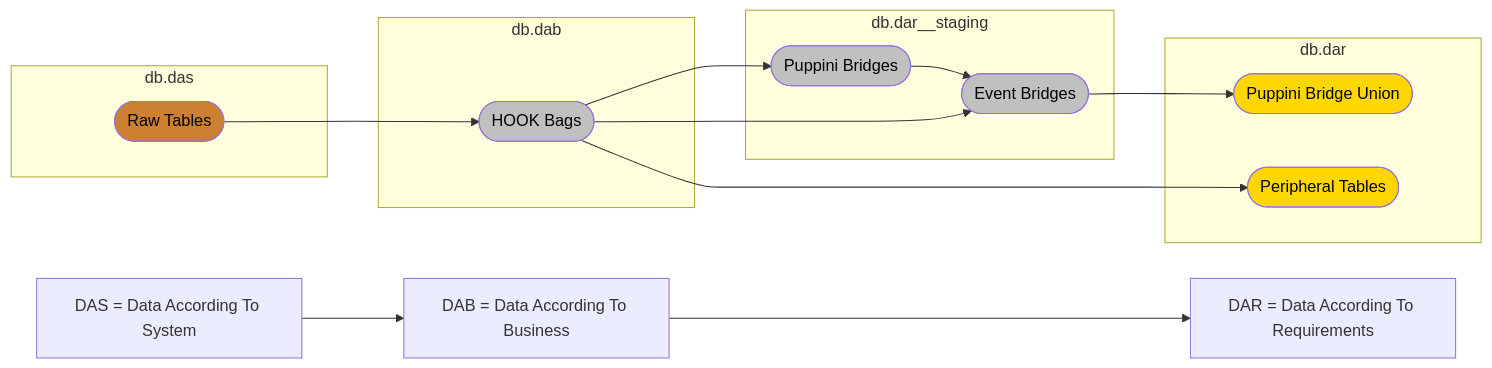
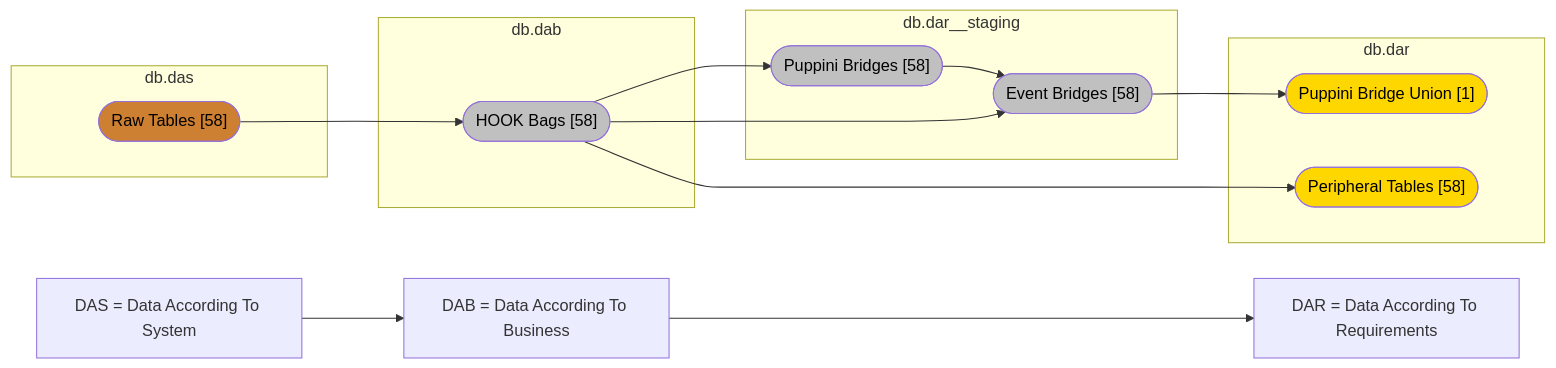
Before and after one commit to mattiasthalen/adventure-works: the second of 2 diagrams in README.md, drawn with Mermaid. The commit also changed 1 other file, not shown here.

Commit message:
Add model count to DAG mermaid

````diff
--- a/README.md
+++ b/README.md
@@ -55,32 +55,32 @@
 ```mermaid
 flowchart LR
     classDef bronze fill:#CD7F32,color:black
     classDef silver fill:#C0C0C0,color:black
     classDef gold fill:#FFD700,color:black
 
     subgraph das["db.das"]
-        raw(["Raw Tables"]):::bronze
+        raw(["Raw Tables [58]"]):::bronze
     end
 
     subgraph dab["db.dab"]
-        hook(["HOOK Bags"]):::silver
+        hook(["HOOK Bags [58]"]):::silver
     end
 
     subgraph dar_stg["db.dar__staging"]
-        bridges(["Puppini Bridges"]):::silver
-        event_bridges(["Event Bridges"]):::silver
+        bridges(["Puppini Bridges [58]"]):::silver
+        event_bridges(["Event Bridges [58]"]):::silver
     end
 
     subgraph dar["db.dar"]
-        bridge_union(["Puppini Bridge Union"]):::gold
-        peripheral(["Peripheral Tables"]):::gold
+        bridge_union(["Puppini Bridge Union [1]"]):::gold
+        peripheral(["Peripheral Tables [58]"]):::gold
     end
 
     raw --> hook --> bridges --> event_bridges --> bridge_union
     hook --> event_bridges
     hook --> peripheral
 
     legend_das["DAS = Data According To System"] -->
     legend_dab["DAB = Data According To Business"] ---->
     legend_dar["DAR = Data According To Requirements"]
 ```
````
